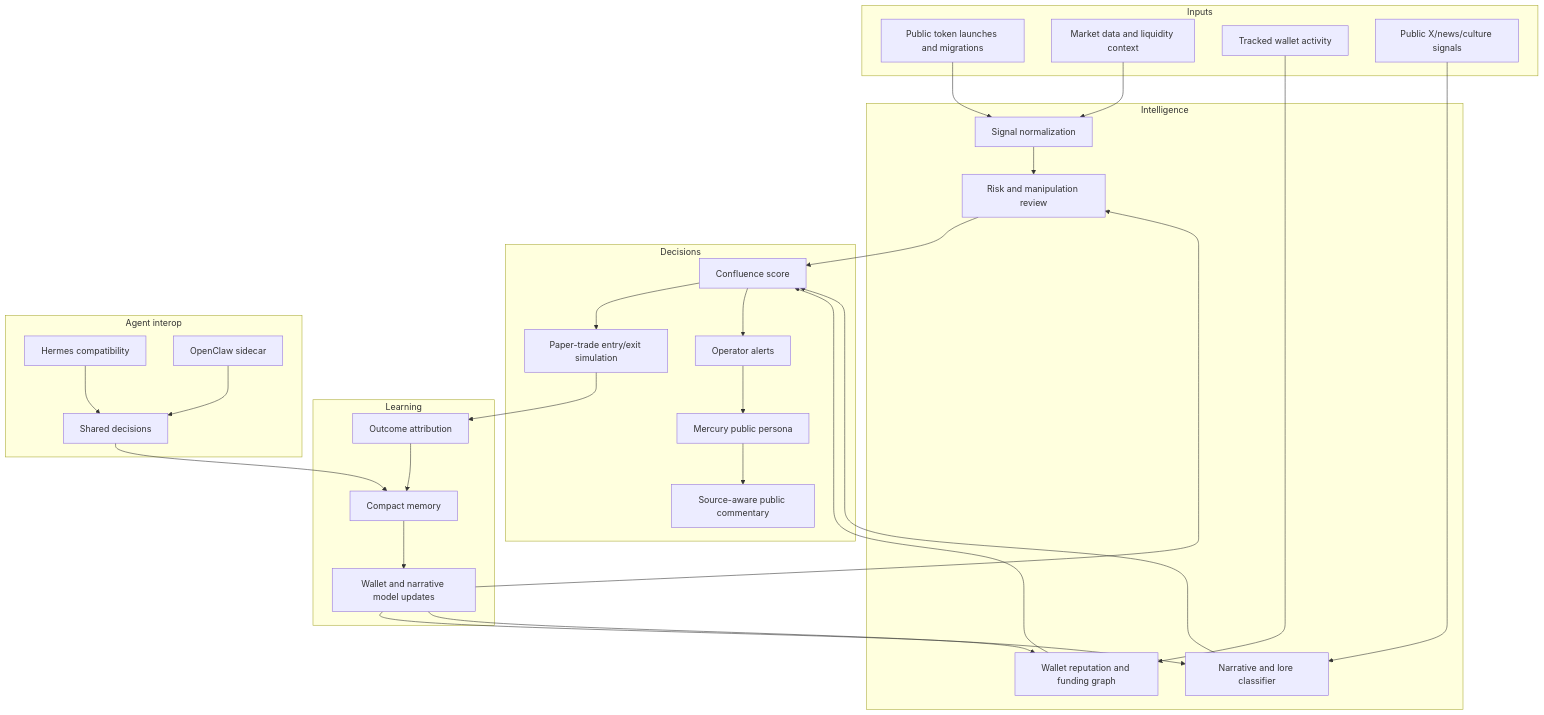
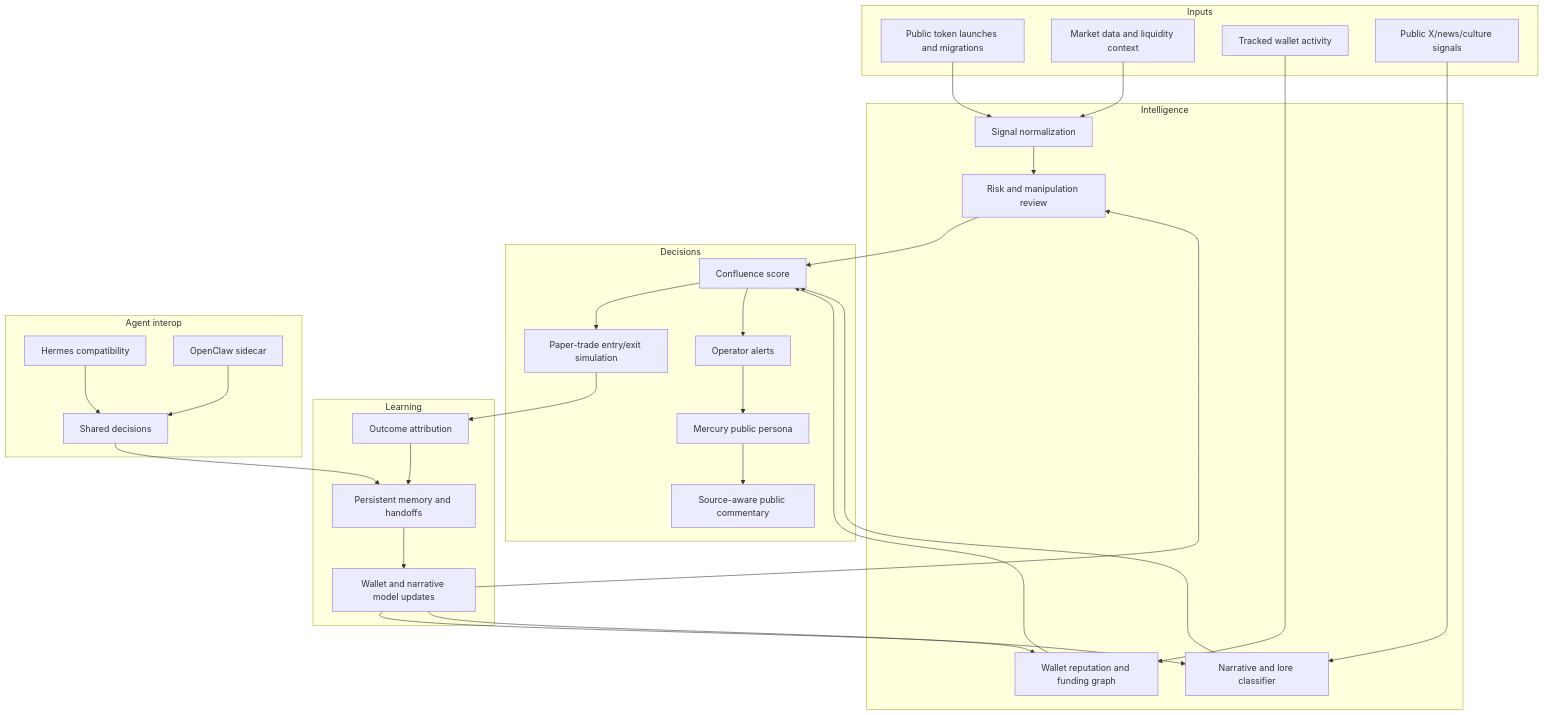
Before and after one commit to eclipseai-xx/eclipse-ai-public: the diagram in docs/ARCHITECTURE.md, drawn with Mermaid. The commit also changed other lines of this file and 7 other files, not shown here.

Commit message:
Document persistent agent memory

````diff
--- a/docs/ARCHITECTURE.md
+++ b/docs/ARCHITECTURE.md
@@ -9,58 +9,58 @@
 ```mermaid
 flowchart TD
   subgraph Inputs
     A["Public token launches and migrations"]
     B["Market data and liquidity context"]
     C["Tracked wallet activity"]
     D["Public X/news/culture signals"]
   end
 
   subgraph Intelligence
     E["Signal normalization"]
     F["Wallet reputation and funding graph"]
     G["Narrative and lore classifier"]
     H["Risk and manipulation review"]
   end
 
   subgraph Decisions
     I["Confluence score"]
     J["Paper-trade entry/exit simulation"]
     K["Operator alerts"]
     L["Mercury public persona"]
     S["Source-aware public commentary"]
   end
 
   subgraph Learning
     M["Outcome attribution"]
-    N["Compact memory"]
+    N["Persistent memory and handoffs"]
     O["Wallet and narrative model updates"]
   end
 
   subgraph Agent_Interop["Agent interop"]
     P["Hermes compatibility"]
     Q["OpenClaw sidecar"]
     R["Shared decisions"]
   end
 
   A --> E
   B --> E
   C --> F
   D --> G
   E --> H
   F --> I
   G --> I
   H --> I
   I --> J
   I --> K
   K --> L
   L --> S
   J --> M
   M --> N
   N --> O
   O --> F
   O --> G
   O --> H
   P --> R
   Q --> R
   R --> N
 ```
````
